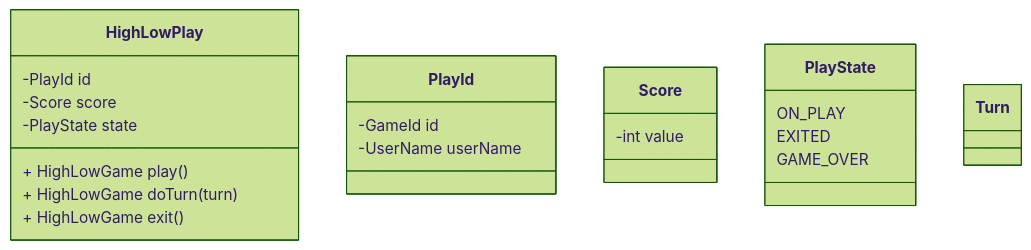
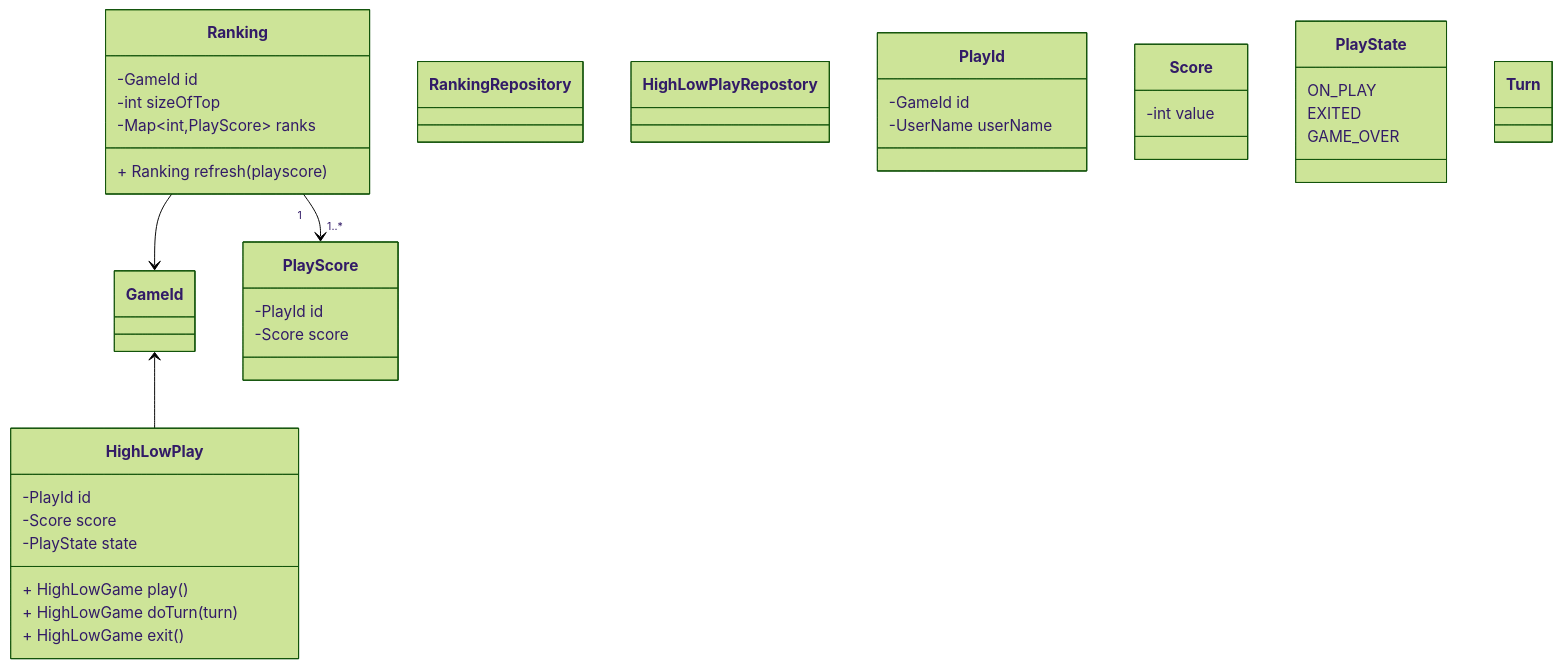
One commit to yangwansu/play-the-games changed the diagram in README.md. Above: the diagram before and after it, drawn with Mermaid (forest theme). The commit also changed other lines of this file and 2 other files, not shown here.

Commit message:
모델링추가

````diff
--- a/README.md
+++ b/README.md
@@ -56,36 +59,62 @@
 ```mermaid
 classDiagram
+
+Ranking --> GameId
+Ranking "1" --> "1..*" PlayScore
+
+GameId <-- HighLowPlay
+
+class RankingRepository { 
+
+}
+
+class Ranking {
+ -GameId id
+ -int sizeOfTop
+ -Map~int,PlayScore~ ranks
+ 
+ + Ranking refresh(playscore)
+}
+
+class PlayScore {
+   -PlayId id
+   -Score score 
+}
+
+class HighLowPlayRepostory {
+  
+}
 
 class HighLowPlay {
  -PlayId id
  -Score score
  -PlayState state
  + HighLowGame play()
  + HighLowGame doTurn(turn)
  + HighLowGame exit()
 }
 
 class PlayId {
  -GameId id
  -UserName userName
 }
 
 class Score {
  -int value
 }
 
 class PlayState {
  ON_PLAY
  EXITED
  GAME_OVER
 }
 
 class Turn {
   
 }
 
 
 
 
   
 ```
````
